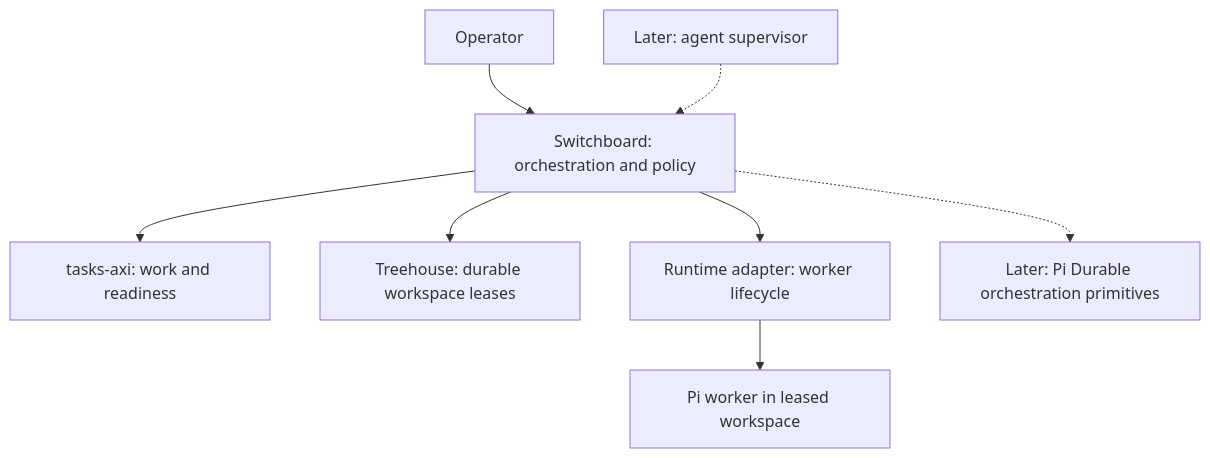
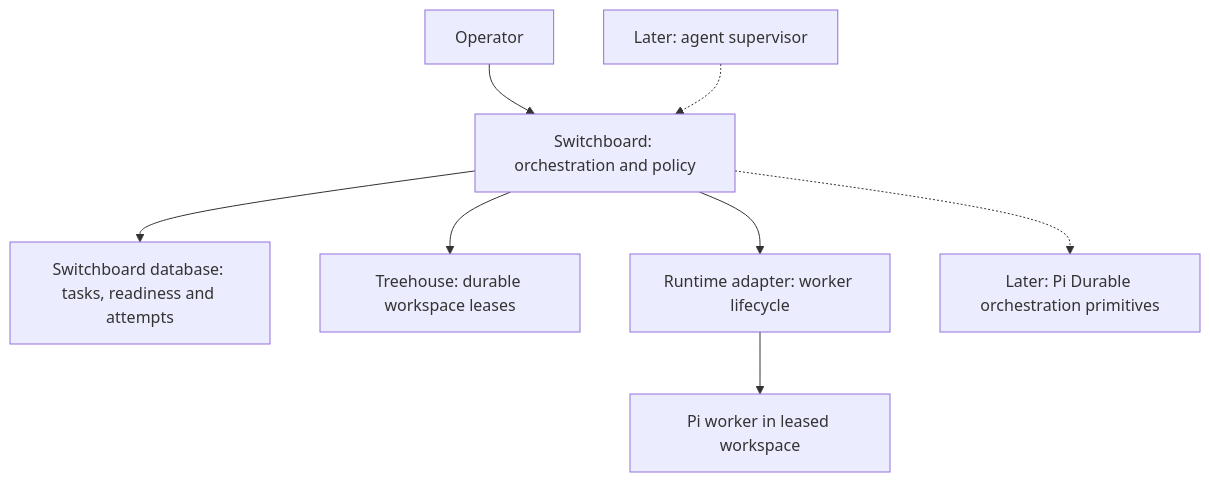
Before and after one commit to nickcox/switchboard: the diagram in docs/architecture.md, drawn with Mermaid. The commit also changed other lines of this file and 6 other files, not shown here.

First line of the commit message:
Keep tasks and Switchboard's records in one SQLite database

````diff
--- a/docs/architecture.md
+++ b/docs/architecture.md
@@ -19,10 +19,10 @@
 ```mermaid
 flowchart TD
     Operator[Operator] --> Switchboard[Switchboard: orchestration and policy]
-    Switchboard --> Tasks[tasks-axi: work and readiness]
+    Switchboard --> Database[Switchboard database: tasks, readiness and attempts]
     Switchboard --> Treehouse[Treehouse: durable workspace leases]
     Switchboard --> Runtime[Runtime adapter: worker lifecycle]
     Runtime --> Pi[Pi worker in leased workspace]
     Supervisor[Later: agent supervisor] -.-> Switchboard
     Switchboard -.-> Durable[Later: Pi Durable orchestration primitives]
 ```
````
